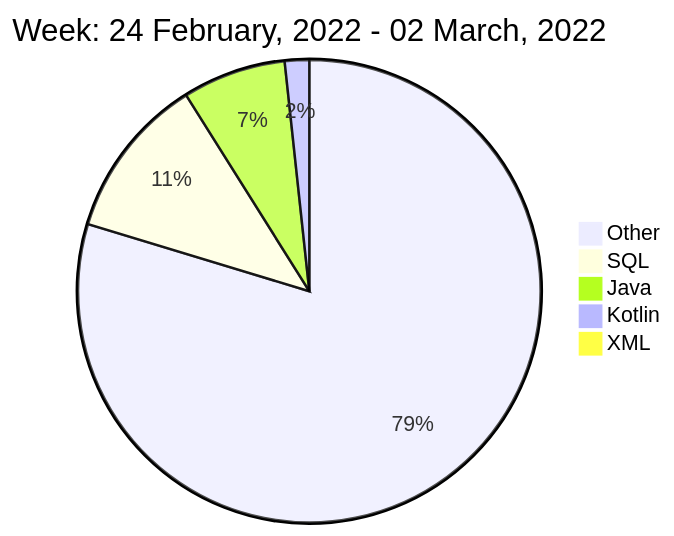
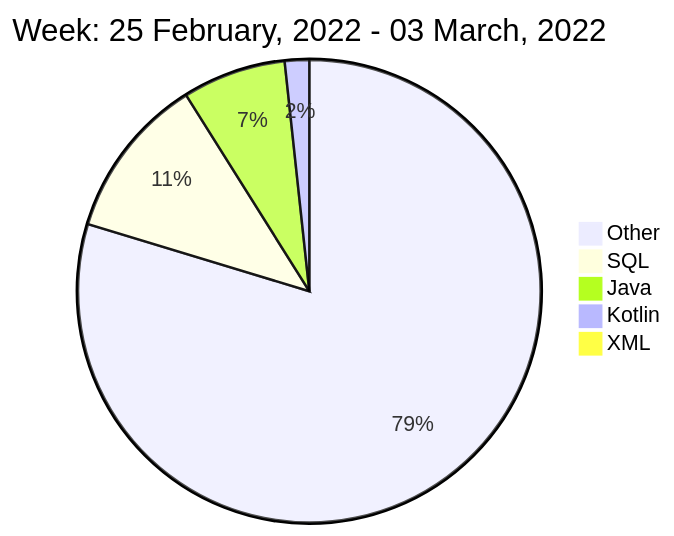
Before and after one commit to liubin95/liubin95: the diagram in README.md, drawn with Mermaid.

Commit message:
Updated the Graph with new Metrics

````diff
--- a/README.md
+++ b/README.md
@@ -42,9 +42,9 @@
 ```mermaid
  pie
-title Week: 24 February, 2022 - 02 March, 2022
+title Week: 25 February, 2022 - 03 March, 2022
  "Other" : 25.7
  "SQL" : 3.67
  "Java" : 2.33
  "Kotlin" : 0.55
  "XML" : 0.23
 ```
````
